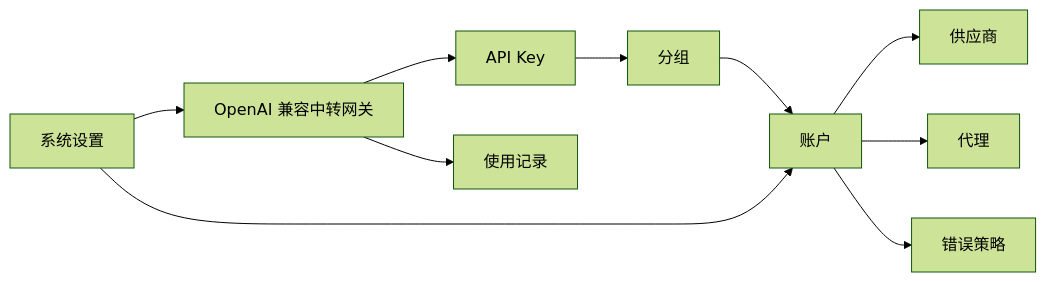
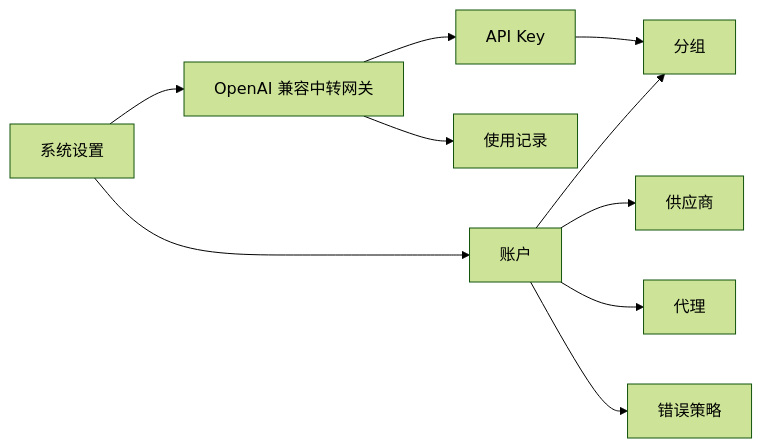
One commit to huanmin123/juhe-ai changed the diagram in docs/architecture.md. Above: the diagram before and after it, drawn with Mermaid (forest theme). The commit also changed other lines of this file and 41 other files, not shown here.

````diff
--- a/docs/architecture.md
+++ b/docs/architecture.md
@@ -18,12 +18,12 @@
 ```mermaid
 flowchart LR
   APIKey["API Key"] --> Group["分组"]
-  Group --> Account["账户"]
+  Account["账户"] --> Group
   Account --> Provider["供应商"]
   Account --> Proxy["代理"]
   Account --> ErrorPolicy["错误策略"]
   Gateway["OpenAI 兼容中转网关"] --> APIKey
   Gateway --> Usage["使用记录"]
   Settings["系统设置"] --> Gateway
   Settings --> Account
 ```
````
